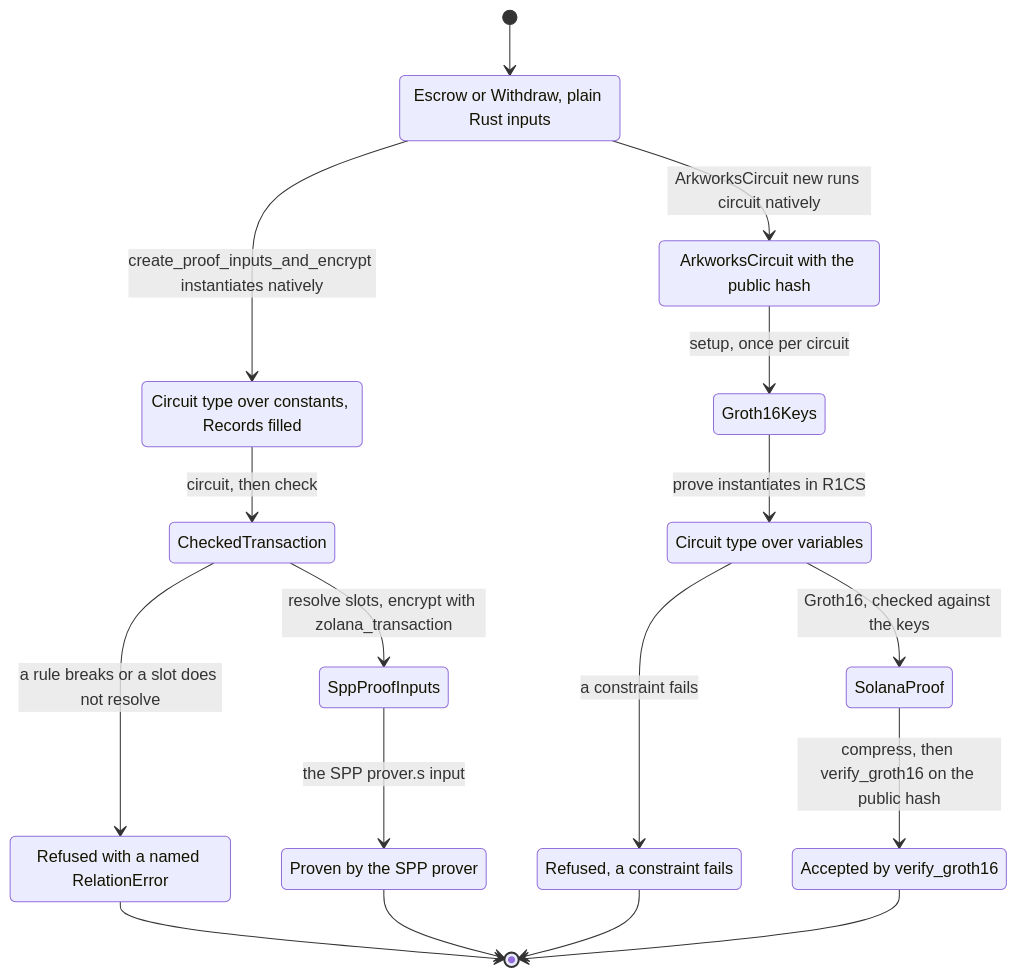
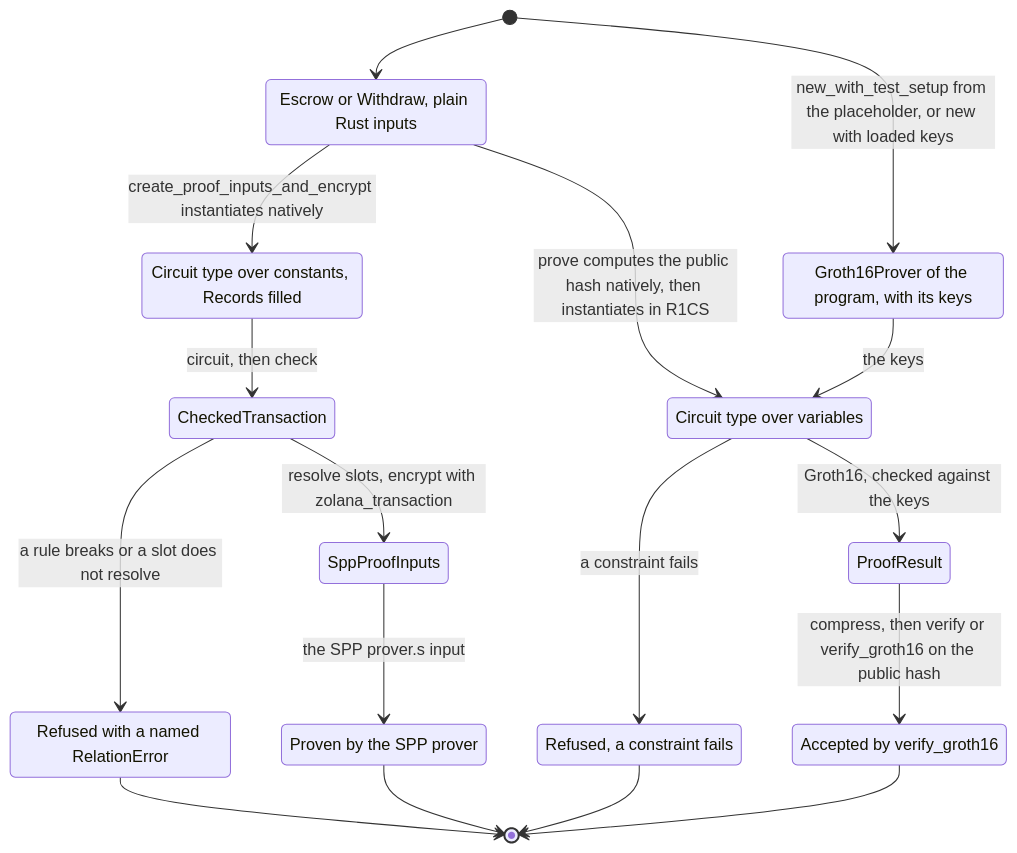
Before and after one commit to helius-labs/zolana: the first of 2 diagrams in sdk-tests/timelock-escrow/arkworks/README.md, drawn with Mermaid. The commit also changed other lines of this file and 125 other files, not shown here.

First line of the commit message:
feat(zk-program-sdk): functional scenarios, per-program prover and shared balance API

````diff
--- a/sdk-tests/timelock-escrow/arkworks/README.md
+++ b/sdk-tests/timelock-escrow/arkworks/README.md
@@ -133,35 +136,34 @@
 ```mermaid
 stateDiagram-v2
     accTitle: How an instruction goes from its inputs to the program verifier
     accDescr: The client runs the circuit natively to build the SPP transaction. The prover runs the same circuit in R1CS against the public hash. The program verifies the compressed proof.
 
     state "Escrow or Withdraw, plain Rust inputs" as Inputs
     state "Circuit type over constants, Records filled" as Native
     state "CheckedTransaction" as Checked
     state "SppProofInputs" as Spp
     state "Proven by the SPP prover" as SppProver
-    state "ArkworksCircuit with the public hash" as Ready
-    state "Groth16Keys" as Keys
+    state "Groth16Prover of the program, with its keys" as Prover
     state "Circuit type over variables" as R1cs
-    state "SolanaProof" as Proof
+    state "ProofResult" as Proof
     state "Accepted by verify_groth16" as Accepted
     state "Refused with a named RelationError" as Refused
     state "Refused, a constraint fails" as Unsatisfied
 
     [*] --> Inputs
     Inputs --> Native : create_proof_inputs_and_encrypt instantiates natively
     Native --> Checked : circuit, then check
     Checked --> Refused : a rule breaks or a slot does not resolve
     Checked --> Spp : resolve slots, encrypt with zolana_transaction
     Spp --> SppProver : the SPP prover.s input
-    Inputs --> Ready : ArkworksCircuit new runs circuit natively
-    Ready --> Keys : setup, once per circuit
-    Keys --> R1cs : prove instantiates in R1CS
+    [*] --> Prover : new_with_test_setup from the placeholder, or new with loaded keys
+    Inputs --> R1cs : prove computes the public hash natively, then instantiates in R1CS
+    Prover --> R1cs : the keys
     R1cs --> Unsatisfied : a constraint fails
     R1cs --> Proof : Groth16, checked against the keys
-    Proof --> Accepted : compress, then verify_groth16 on the public hash
+    Proof --> Accepted : compress, then verify or verify_groth16 on the public hash
     SppProver --> [*]
     Accepted --> [*]
     Refused --> [*]
     Unsatisfied --> [*]
 ```
````
